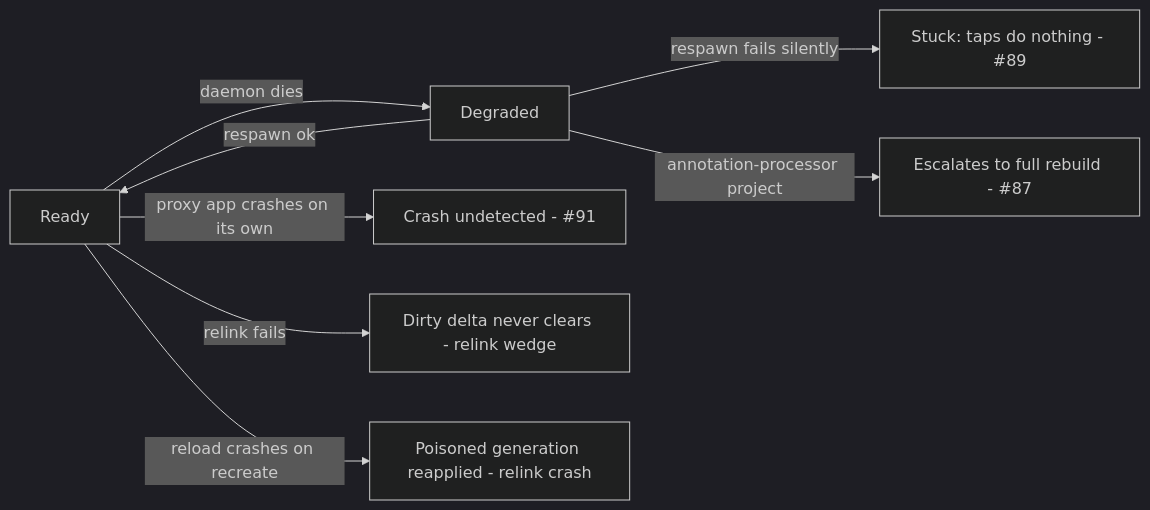
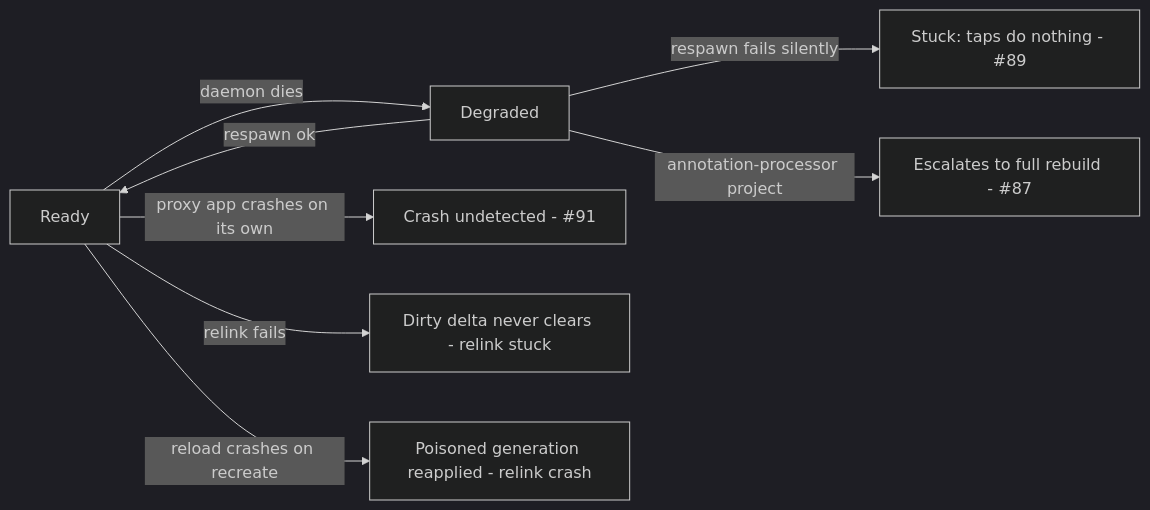
The diagram in quickbuild/core/docs/reliability-gaps.md (appdevforall/CodeOnTheGo), drawn with Mermaid (dark theme) before and after one commit. The commit also changed other lines of this file and 6 other files, not shown here.

````diff
--- a/quickbuild/core/docs/reliability-gaps.md
+++ b/quickbuild/core/docs/reliability-gaps.md
@@ -23,10 +24,10 @@
 ```mermaid
 flowchart LR
     A[Ready] -->|daemon dies| E[Degraded]
     E -->|respawn ok| A
     E -->|respawn fails silently| F["Stuck: taps do nothing - #89"]
     E -->|annotation-processor project| H["Escalates to full rebuild - #87"]
     A -->|proxy app crashes on its own| G["Crash undetected - #91"]
-    A -->|relink fails| W["Dirty delta never clears - relink wedge"]
+    A -->|relink fails| W["Dirty delta never clears - relink stuck"]
     A -->|reload crashes on recreate| P["Poisoned generation reapplied - relink crash"]
 ```
````
